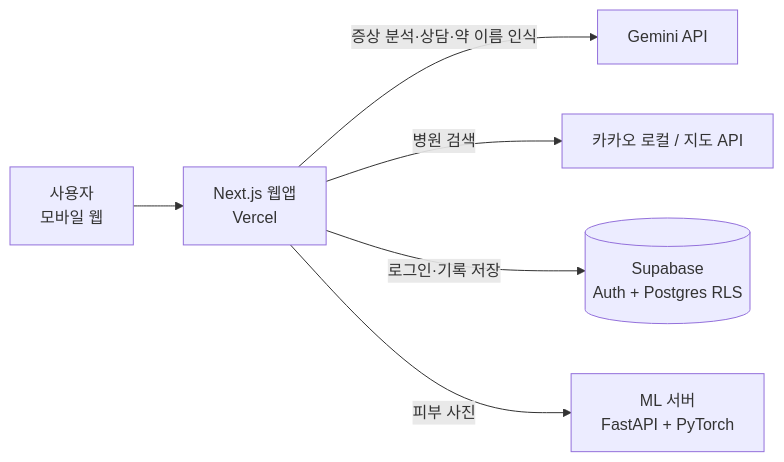
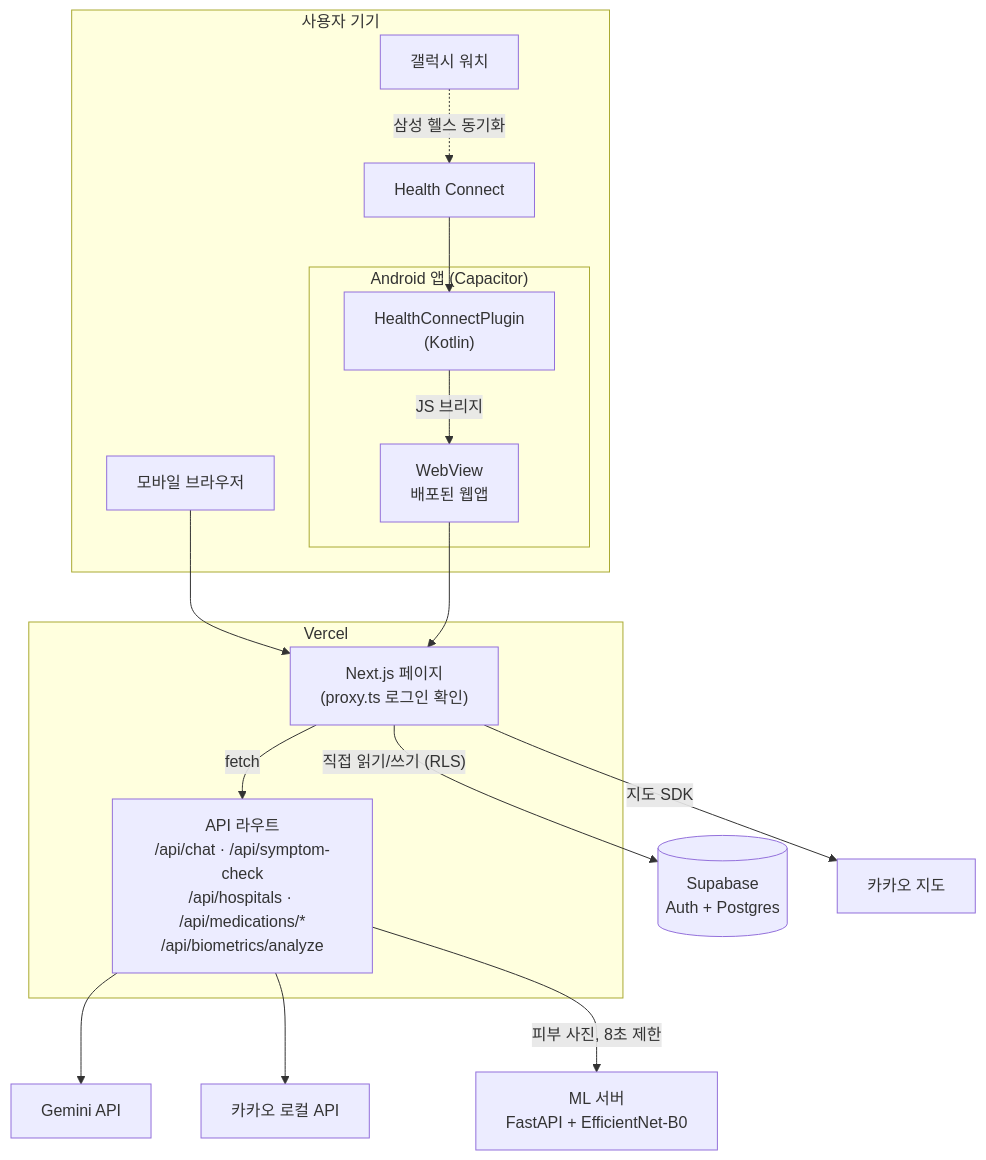
One commit to hoi256678-cpu/ai-chat changed the first of 6 diagrams in README.md. Above: the diagram before and after it, drawn with Mermaid. The commit also changed other lines of this file, not shown here.

First line of the commit message:
Add tech choices, architecture, flows and package tree to README

````diff
--- a/README.md
+++ b/README.md
@@ -51,8 +66,27 @@
 ```mermaid
-flowchart LR
-    U[사용자<br/>모바일 웹] --> W[Next.js 웹앱<br/>Vercel]
-    W -->|증상 분석·상담·약 이름 인식| G[Gemini API]
-    W -->|병원 검색| K[카카오 로컬 / 지도 API]
-    W -->|로그인·기록 저장| S[(Supabase<br/>Auth + Postgres RLS)]
-    W -->|피부 사진| M[ML 서버<br/>FastAPI + PyTorch]
+flowchart TB
+    subgraph Client["사용자 기기"]
+        B["모바일 브라우저"]
+        subgraph APK["Android 앱 (Capacitor)"]
+            WV["WebView<br/>배포된 웹앱"]
+            HCP["HealthConnectPlugin<br/>(Kotlin)"]
+        end
+        Watch["갤럭시 워치"] -.->|삼성 헬스 동기화| HC["Health Connect"]
+        HC --> HCP
+        HCP -->|JS 브리지| WV
+    end
+
+    subgraph Vercel["Vercel"]
+        Pages["Next.js 페이지<br/>(proxy.ts 로그인 확인)"]
+        API["API 라우트<br/>/api/chat · /api/symptom-check<br/>/api/hospitals · /api/medications/*<br/>/api/biometrics/analyze"]
+    end
+
+    B --> Pages
+    WV --> Pages
+    Pages -->|fetch| API
+    Pages -->|"직접 읽기/쓰기 (RLS)"| DB[("Supabase<br/>Auth + Postgres")]
+    API --> Gemini["Gemini API"]
+    API --> Kakao["카카오 로컬 API"]
+    Pages -->|지도 SDK| KMap["카카오 지도"]
+    API -->|피부 사진, 8초 제한| ML["ML 서버<br/>FastAPI + EfficientNet-B0"]
 ```
````
